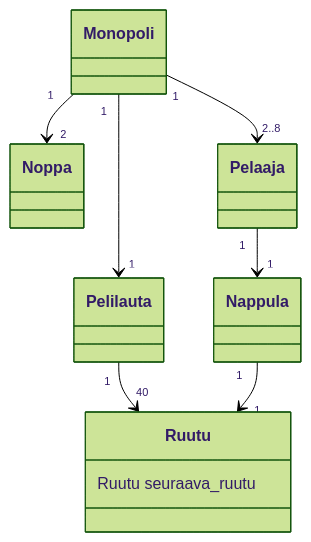
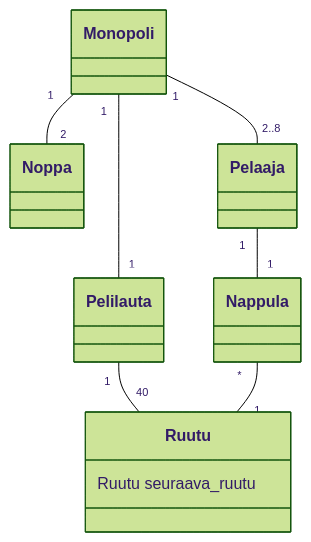
Before and after one commit to jannelem/ot-harjoitustyo-jannelem: the diagram in laskarit/viikko3/tehtava1.md, drawn with Mermaid (forest theme).

````diff
--- a/laskarit/viikko3/tehtava1.md
+++ b/laskarit/viikko3/tehtava1.md
@@ -3,14 +3,14 @@
 ```mermaid
 	classDiagram
-		Monopoli "1" --> "1" Pelilauta
-		Monopoli "1" --> "2" Noppa
-		Monopoli "1" --> "2..8" Pelaaja
-		Pelaaja "1" --> "1" Nappula
-		Pelilauta "1" --> "40" Ruutu
-		Nappula "1" --> "1" Ruutu
+		Monopoli "1" -- "1" Pelilauta
+		Monopoli "1" -- "2" Noppa
+		Monopoli "1" -- "2..8" Pelaaja
+		Pelaaja "1" -- "1" Nappula
+		Pelilauta "1" -- "40" Ruutu
+		Nappula "*" -- "1" Ruutu
 		
 		class Ruutu {
 			Ruutu seuraava_ruutu
 		}
 		
 ```
````
